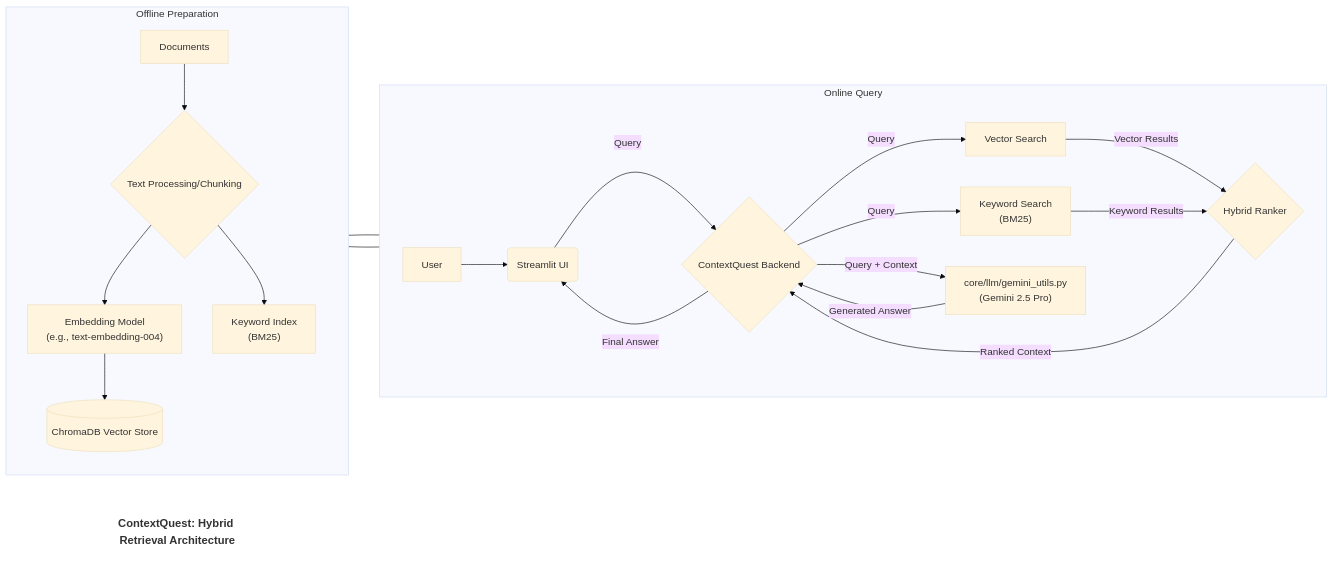
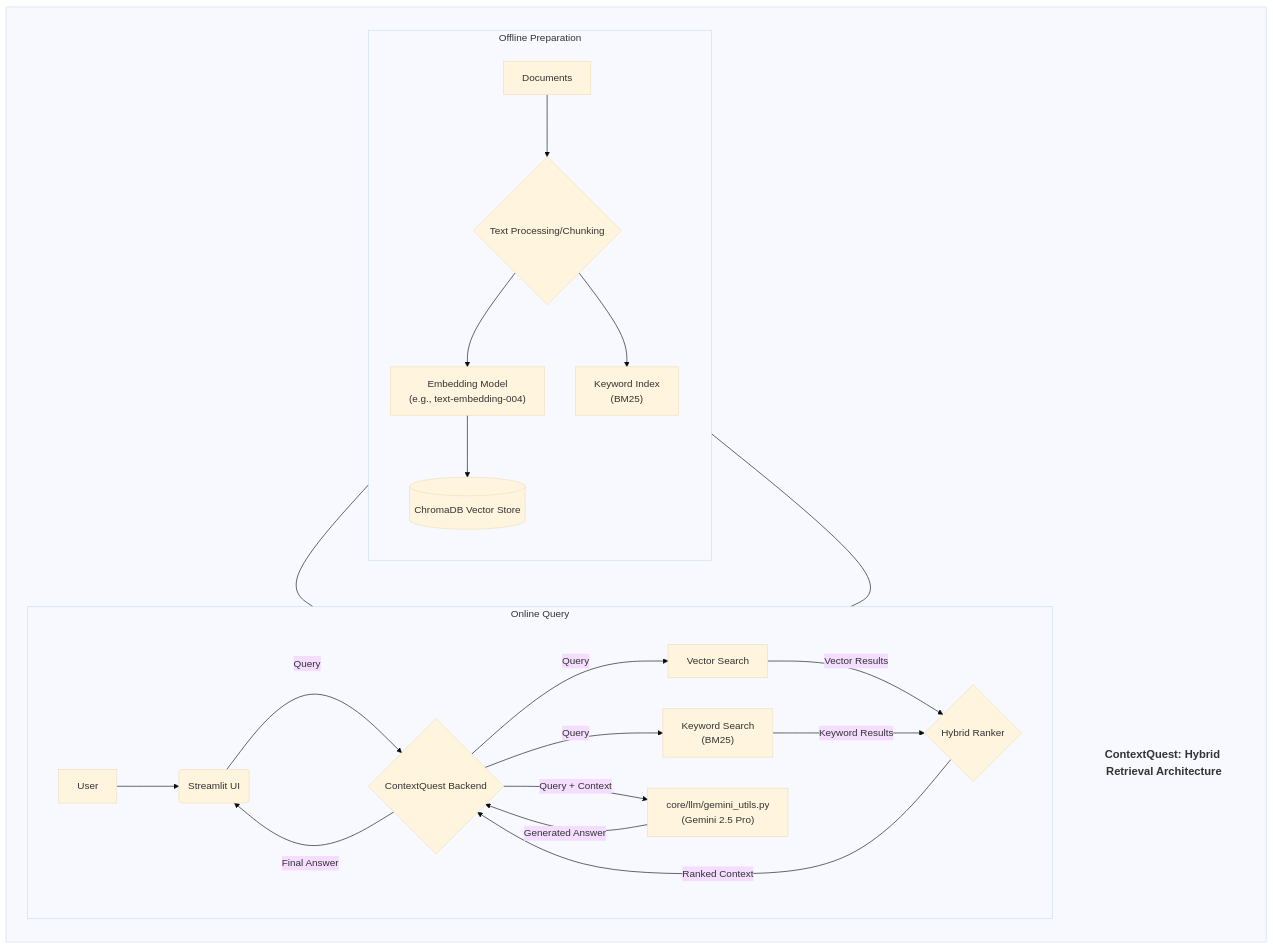
The diagram in docs/apps/context_quest.md (Mathews-Tom/IntelliForge-Applied-GenAI-Playbook), drawn with Mermaid before and after one commit. The commit also changed other lines of this file and 8 other files, not shown here.

Commit message:
Major cosmetic updates especially for Mermaid Diagrams

````diff
--- a/docs/apps/context_quest.md
+++ b/docs/apps/context_quest.md
@@ -61,36 +61,39 @@
 ```mermaid
 %%{init: {'theme': 'base', 'themeVariables': { 'titleColor': '#333', 'titleFontSize': '20px'}}}%%
 graph LR
-    %% Title at the top
-    classDef titleClass fill:none,stroke:none,color:#333,font-size:18px,font-weight:bold;
-    title["ContextQuest: Hybrid Retrieval Architecture"]:::titleClass;
+    subgraph " "
+            %% Title at the top
+            classDef titleClass fill:none,stroke:none,color:#333,font-size:18px,font-weight:bold;
+            title["ContextQuest: Hybrid Retrieval Architecture"]:::titleClass;
 
-    subgraph Offline Preparation
-        direction TB
-        Prep1[Documents] --> Prep2{Text Processing/Chunking};
-        Prep2 --> Prep3["Embedding Model <br> (e.g., text-embedding-004)"];
-        Prep3 --> Prep4[(ChromaDB Vector Store)];
-        Prep2 --> Prep5["Keyword Index <br> (BM25)"];
+            subgraph Offline Preparation
+                direction TB
+                Prep1[Documents] --> Prep2{Text Processing/Chunking};
+                Prep2 --> Prep3["Embedding Model <br> (e.g., text-embedding-004)"];
+                Prep3 --> Prep4[(ChromaDB Vector Store)];
+                Prep2 --> Prep5["Keyword Index <br> (BM25)"];
+            end
+
+            subgraph Online Query
+                direction LR
+                A[User] --> B(Streamlit UI);
+                B -- Query --> C{ContextQuest Backend};
+                C -- Query --> D[Vector Search];
+                D -- Vector Results --> F{Hybrid Ranker};
+                C -- Query --> E["Keyword Search <br> (BM25)"];
+                E -- Keyword Results --> F;
+                F -- Ranked Context --> C;
+                C -- Query + Context --> G["core/llm/gemini_utils.py <br> (Gemini 2.5 Pro)"];
+                G -- Generated Answer --> C;
+                C -- Final Answer --> B;
+            end
+
+           %% Link offline stores to online retrieval components
+           Prep4 --- D;
+           Prep5 --- E;
+
+           %% Position title implicitly
+
+
     end
-
-    subgraph Online Query
-        direction LR
-        A[User] --> B(Streamlit UI);
-        B -- Query --> C{ContextQuest Backend};
-        C -- Query --> D[Vector Search];
-        D -- Vector Results --> F{Hybrid Ranker};
-        C -- Query --> E["Keyword Search <br> (BM25)"];
-        E -- Keyword Results --> F;
-        F -- Ranked Context --> C;
-        C -- Query + Context --> G["core/llm/gemini_utils.py <br> (Gemini 2.5 Pro)"];
-        G -- Generated Answer --> C;
-        C -- Final Answer --> B;
-    end
-
-   %% Link offline stores to online retrieval components
-   Prep4 --- D;
-   Prep5 --- E;
-
-   %% Position title implicitly
-
 ```
````
